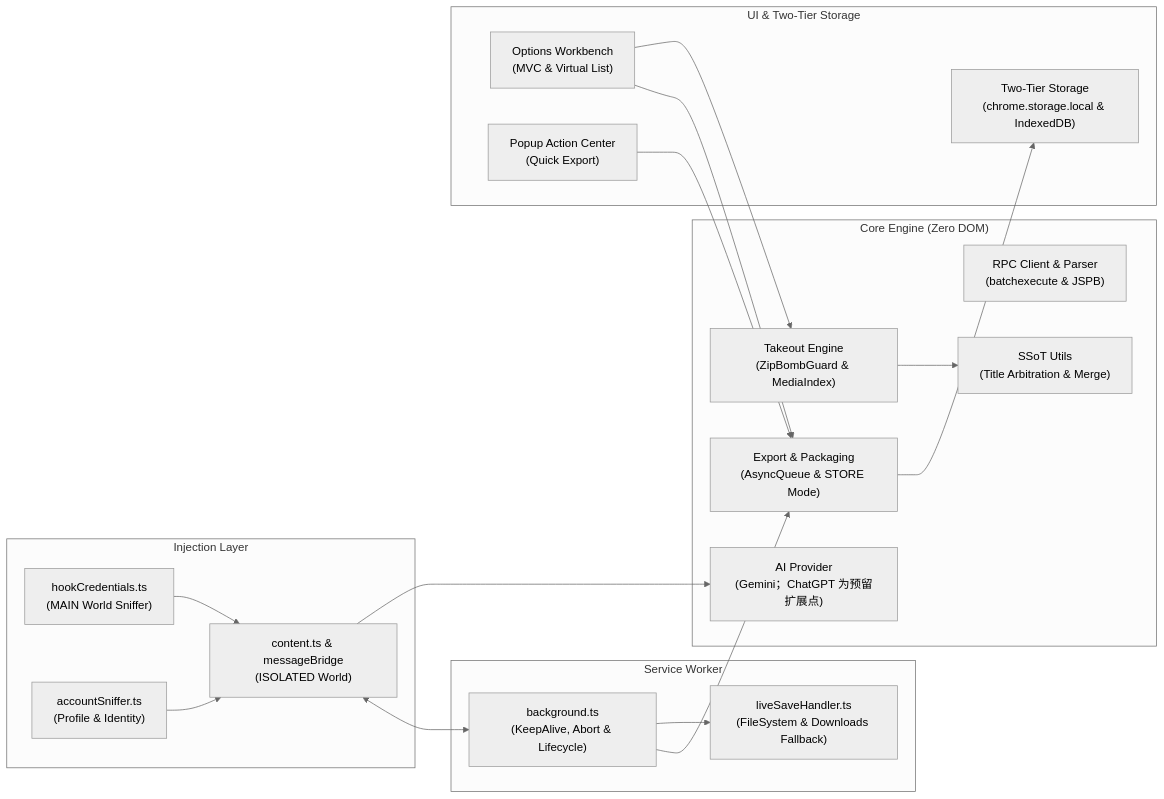
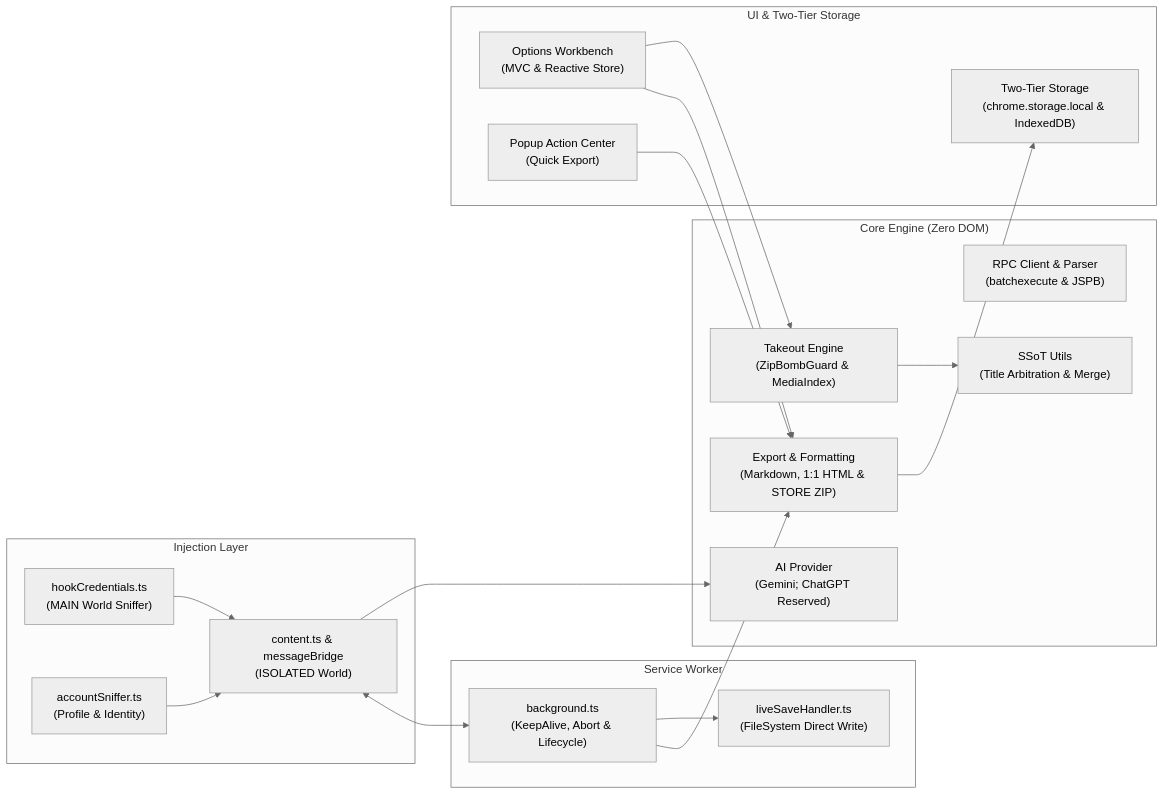
The diagram in README.md (OTLFrostA/gemini-exporter), drawn with Mermaid (neutral theme) before and after one commit. The commit also changed other lines of this file and 6 other files, not shown here.

Commit message:
docs(readme): sync READMEs with 1:1 HTML export, current architecture, and test counts (#519)

````diff
--- a/README.md
+++ b/README.md
@@ -65,39 +63,39 @@
 ```mermaid
 graph LR
     subgraph Injection ["Injection Layer"]
         HOOK["hookCredentials.ts<br/>(MAIN World Sniffer)"]
         SNIFFER["accountSniffer.ts<br/>(Profile & Identity)"]
         CS["content.ts & messageBridge<br/>(ISOLATED World)"]
     end
 
     subgraph ServiceWorker ["Service Worker"]
         SW["background.ts<br/>(KeepAlive, Abort & Lifecycle)"]
-        LH["liveSaveHandler.ts<br/>(FileSystem & Downloads Fallback)"]
+        LH["liveSaveHandler.ts<br/>(FileSystem Direct Write)"]
     end
 
     subgraph CoreEngine ["Core Engine (Zero DOM)"]
-        PROV["AI Provider<br/>(Gemini；ChatGPT 为预留扩展点)"]
+        PROV["AI Provider<br/>(Gemini; ChatGPT Reserved)"]
         API["RPC Client & Parser<br/>(batchexecute & JSPB)"]
-        ENG["Export & Packaging<br/>(AsyncQueue & STORE Mode)"]
+        ENG["Export & Formatting<br/>(Markdown, 1:1 HTML & STORE ZIP)"]
         TAKEOUT["Takeout Engine<br/>(ZipBombGuard & MediaIndex)"]
         SSOT["SSoT Utils<br/>(Title Arbitration & Merge)"]
     end
 
     subgraph Presentation ["UI & Two-Tier Storage"]
-        WORKBENCH["Options Workbench<br/>(MVC & Virtual List)"]
+        WORKBENCH["Options Workbench<br/>(MVC & Reactive Store)"]
         POPUP["Popup Action Center<br/>(Quick Export)"]
         STORAGE["Two-Tier Storage<br/>(chrome.storage.local & IndexedDB)"]
     end
 
     HOOK --> CS
     SNIFFER --> CS
     CS <--> SW
     CS --> PROV
     SW --> ENG
     SW --> LH
     WORKBENCH --> ENG
     WORKBENCH --> TAKEOUT
     POPUP --> ENG
     ENG --> STORAGE
     TAKEOUT --> SSOT
 ```
````
